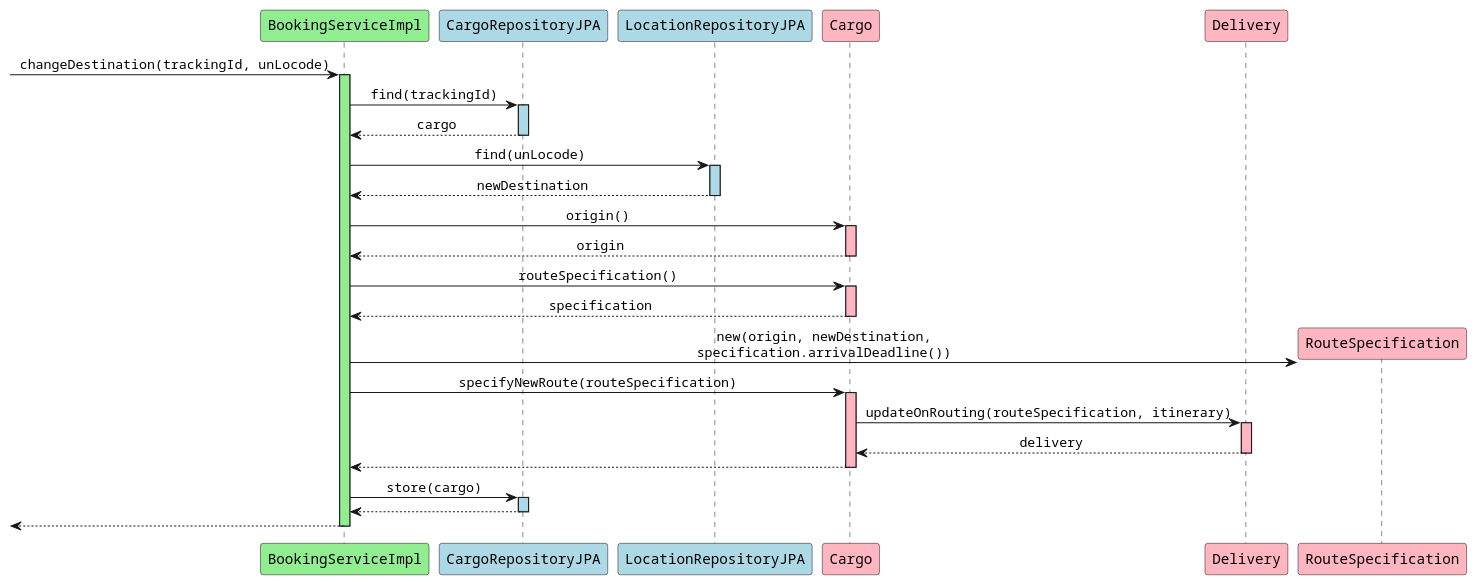
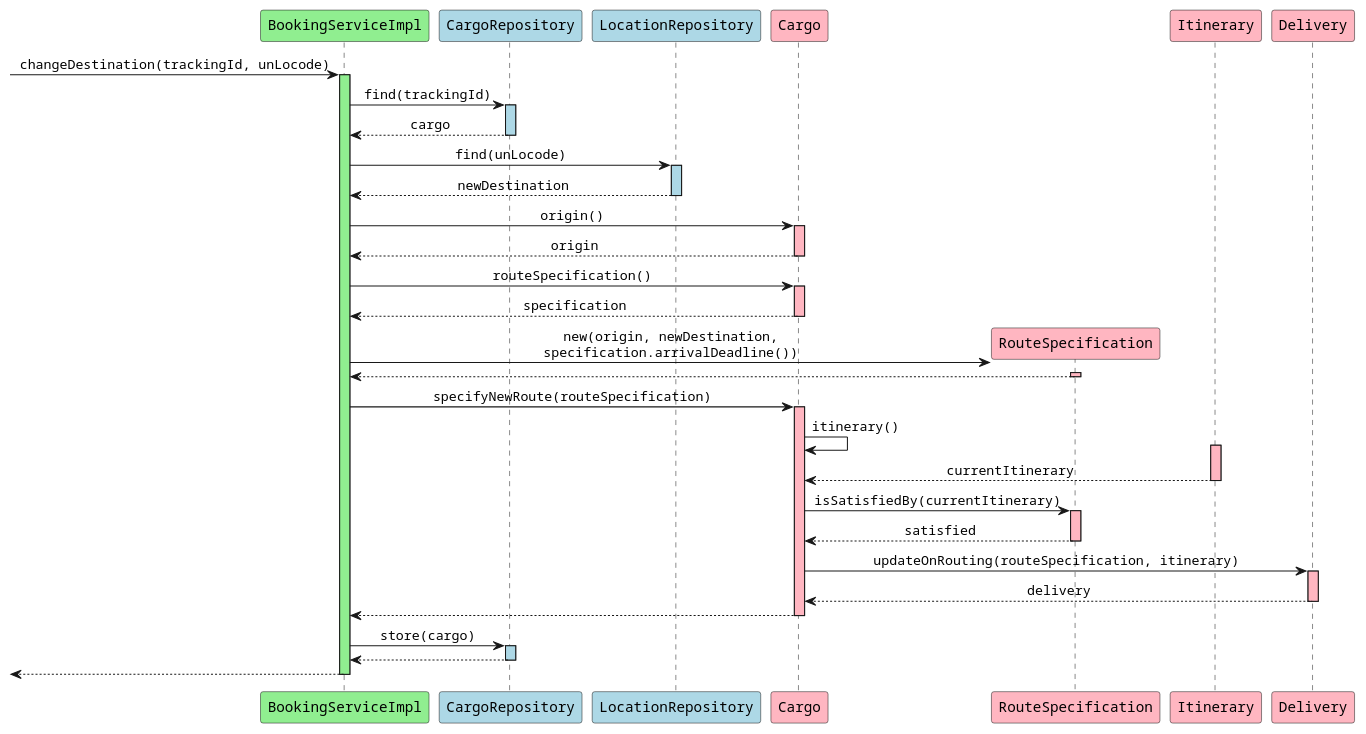
One commit to aowss/dddsample-core changed the diagram in diagrams/BookingServiceImpl_changeDestination.puml. Above: the diagram before and after it, drawn with PlantUML. The commit also changed 477 other files, not shown here.

```diff
--- a/diagrams/BookingServiceImpl_changeDestination.puml
+++ b/diagrams/BookingServiceImpl_changeDestination.puml
@@ -1,58 +1,72 @@
 @startuml
 skinparam monochrome false
 skinparam defaultFontName Courier
 skinparam sequenceMessageAlign center
 
 participant "BookingServiceImpl" as bs #lightgreen
-participant "CargoRepositoryJPA" as cr #lightblue
-participant "LocationRepositoryJPA" as lr #lightblue
+participant "CargoRepository" as cr #lightblue
+participant "LocationRepository" as lr #lightblue
 participant "Cargo" as c #lightpink
+participant "RouteSpecification" as rs #lightpink
+participant "Itinerary" as i #lightpink
 participant "Delivery" as d #lightpink
-participant "RouteSpecification" as rs #lightpink
 
 [-> bs: changeDestination(trackingId, unLocode)
 activate bs #lightgreen
 
 bs -> cr: find(trackingId)
 activate cr #lightblue
 cr --> bs: cargo
 deactivate cr
 
 bs -> lr: find(unLocode)
 activate lr #lightblue
 lr --> bs: newDestination
 deactivate lr
 
 bs -> c: origin()
 activate c #lightpink
 c --> bs: origin
 deactivate c
 
 bs -> c: routeSpecification()
 activate c #lightpink
 c --> bs: specification
 deactivate c
 
 create rs
 bs -> rs: new(origin, newDestination,\nspecification.arrivalDeadline())
+activate rs #lightpink
+rs --> bs
+deactivate rs
 
 bs -> c: specifyNewRoute(routeSpecification)
 activate c #lightpink
+
+c -> c: itinerary()
+activate i #lightpink
+i --> c: currentItinerary
+deactivate i
+
+c -> rs: isSatisfiedBy(currentItinerary)
+activate rs #lightpink
+rs --> c: satisfied
+deactivate rs
 
 c -> d: updateOnRouting(routeSpecification, itinerary)
 activate d #lightpink
 d --> c: delivery
 deactivate d
 
 c --> bs
 deactivate c
 
 bs -> cr: store(cargo)
 activate cr #lightblue
 cr --> bs
 deactivate cr
 
 [<-- bs
 deactivate bs
 
 @enduml 
```
